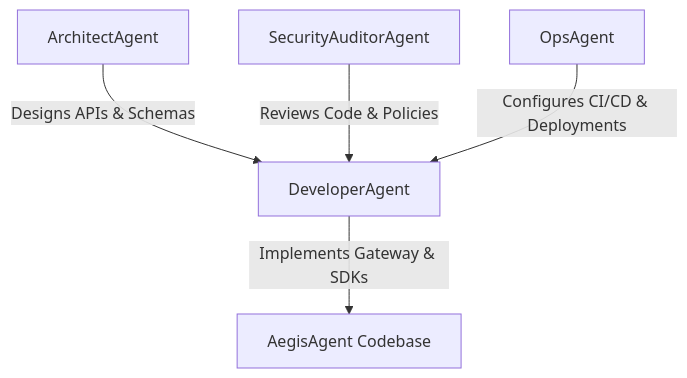
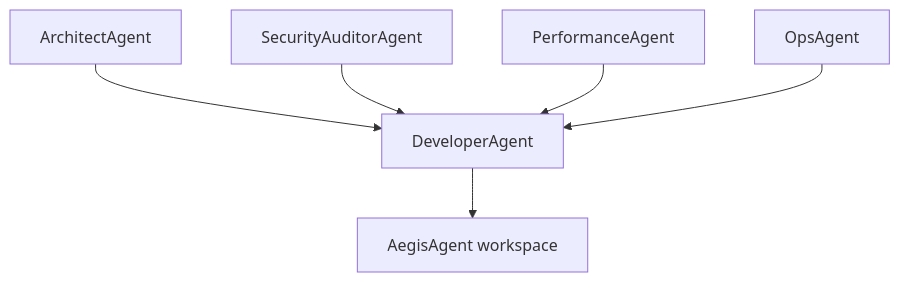
The diagram in AGENTS.md (lavkushry/AegisAgent), drawn with Mermaid before and after one commit. The commit also changed other lines of this file and 18 other files, not shown here.

First line of the commit message:
Enhance documentation and architecture clarity

````diff
--- a/AGENTS.md
+++ b/AGENTS.md
@@ -46,7 +34,8 @@
 ```mermaid
 graph TD
-    A[ArchitectAgent] -->|Designs APIs & Schemas| B[DeveloperAgent]
-    C[SecurityAuditorAgent] -->|Reviews Code & Policies| B
-    D[OpsAgent] -->|Configures CI/CD & Deployments| B
-    B -->|Implements Gateway & SDKs| E[AegisAgent Codebase]
+    A[ArchitectAgent] --> B[DeveloperAgent]
+    C[SecurityAuditorAgent] --> B
+    D[PerformanceAgent] --> B
+    E[OpsAgent] --> B
+    B --> F[AegisAgent workspace]
 ```
````
